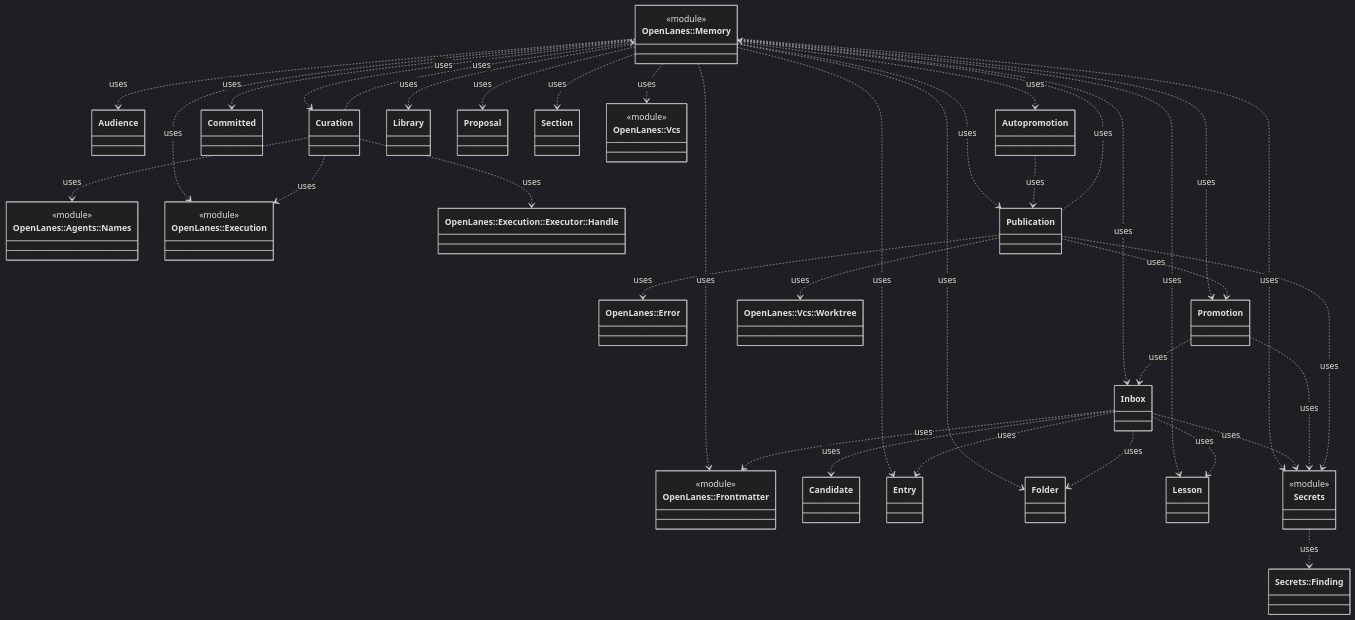
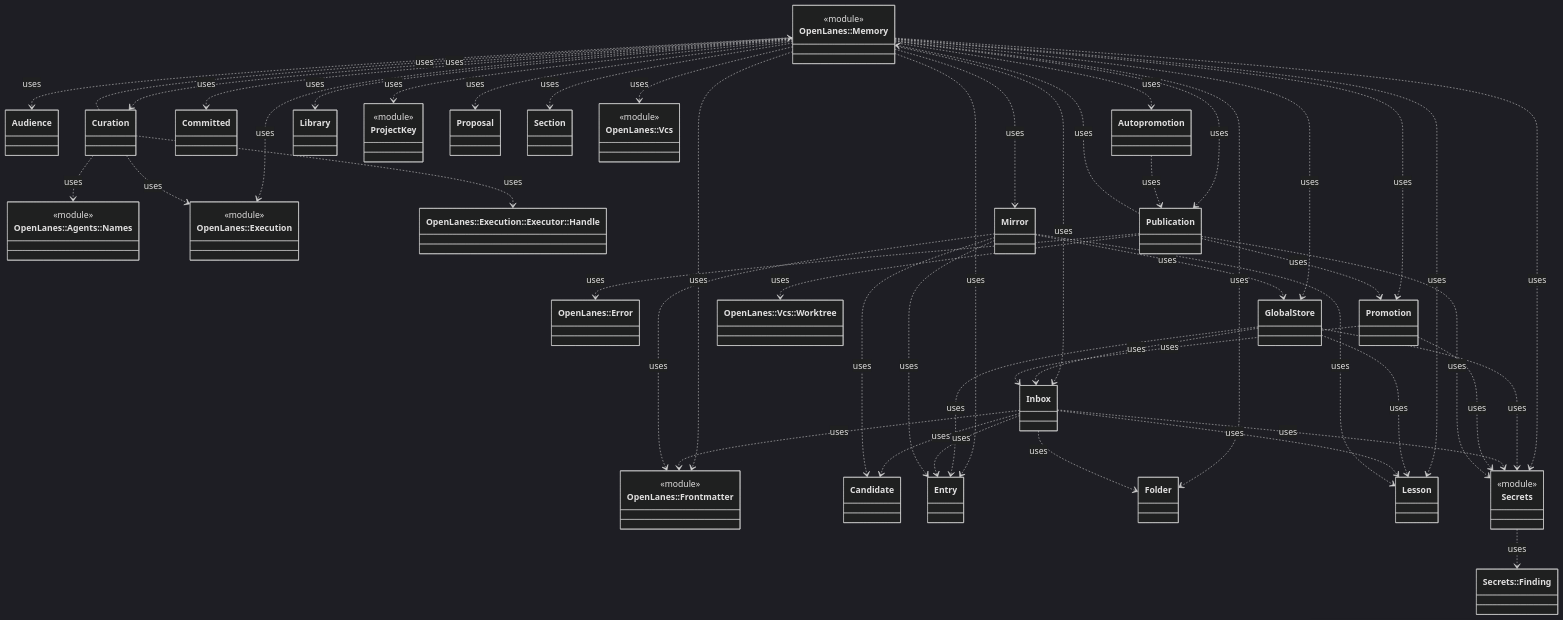
The diagram in docs/architecture/openlanes-memory.md (kigster/openlanes), drawn with Mermaid (dark theme) before and after one commit. The commit also changed 16 other files, not shown here.

First line of the commit message:
Mirror merged lessons into the global store

```diff
--- a/docs/architecture/openlanes-memory.md
+++ b/docs/architecture/openlanes-memory.md
@@ -21,9 +21,13 @@
   class OpenLanes__Memory__Curation["Curation"]
   class OpenLanes__Memory__Entry["Entry"]
   class OpenLanes__Memory__Folder["Folder"]
+  class OpenLanes__Memory__GlobalStore["GlobalStore"]
   class OpenLanes__Memory__Inbox["Inbox"]
   class OpenLanes__Memory__Lesson["Lesson"]
   class OpenLanes__Memory__Library["Library"]
+  class OpenLanes__Memory__Mirror["Mirror"]
+  class OpenLanes__Memory__ProjectKey["ProjectKey"]
+  <<module>> OpenLanes__Memory__ProjectKey
   class OpenLanes__Memory__Promotion["Promotion"]
   class OpenLanes__Memory__Proposal["Proposal"]
   class OpenLanes__Memory__Publication["Publication"]
@@ -42,9 +46,12 @@
   OpenLanes__Memory ..> OpenLanes__Memory__Curation : uses
   OpenLanes__Memory ..> OpenLanes__Memory__Entry : uses
   OpenLanes__Memory ..> OpenLanes__Memory__Folder : uses
+  OpenLanes__Memory ..> OpenLanes__Memory__GlobalStore : uses
   OpenLanes__Memory ..> OpenLanes__Memory__Inbox : uses
   OpenLanes__Memory ..> OpenLanes__Memory__Lesson : uses
   OpenLanes__Memory ..> OpenLanes__Memory__Library : uses
+  OpenLanes__Memory ..> OpenLanes__Memory__Mirror : uses
+  OpenLanes__Memory ..> OpenLanes__Memory__ProjectKey : uses
   OpenLanes__Memory ..> OpenLanes__Memory__Promotion : uses
   OpenLanes__Memory ..> OpenLanes__Memory__Proposal : uses
   OpenLanes__Memory ..> OpenLanes__Memory__Publication : uses
@@ -56,12 +63,21 @@
   OpenLanes__Memory__Curation ..> OpenLanes__Execution : uses
   OpenLanes__Memory__Curation ..> OpenLanes__Execution__Executor__Handle : uses
   OpenLanes__Memory__Curation ..> OpenLanes__Memory : uses
+  OpenLanes__Memory__GlobalStore ..> OpenLanes__Memory__Entry : uses
+  OpenLanes__Memory__GlobalStore ..> OpenLanes__Memory__Inbox : uses
+  OpenLanes__Memory__GlobalStore ..> OpenLanes__Memory__Lesson : uses
+  OpenLanes__Memory__GlobalStore ..> OpenLanes__Memory__Secrets : uses
   OpenLanes__Memory__Inbox ..> OpenLanes__Frontmatter : uses
   OpenLanes__Memory__Inbox ..> OpenLanes__Memory__Candidate : uses
   OpenLanes__Memory__Inbox ..> OpenLanes__Memory__Entry : uses
   OpenLanes__Memory__Inbox ..> OpenLanes__Memory__Folder : uses
   OpenLanes__Memory__Inbox ..> OpenLanes__Memory__Lesson : uses
   OpenLanes__Memory__Inbox ..> OpenLanes__Memory__Secrets : uses
+  OpenLanes__Memory__Mirror ..> OpenLanes__Frontmatter : uses
+  OpenLanes__Memory__Mirror ..> OpenLanes__Memory__Candidate : uses
+  OpenLanes__Memory__Mirror ..> OpenLanes__Memory__Entry : uses
+  OpenLanes__Memory__Mirror ..> OpenLanes__Memory__GlobalStore : uses
+  OpenLanes__Memory__Mirror ..> OpenLanes__Memory__Lesson : uses
   OpenLanes__Memory__Promotion ..> OpenLanes__Memory__Inbox : uses
   OpenLanes__Memory__Promotion ..> OpenLanes__Memory__Secrets : uses
   OpenLanes__Memory__Publication ..> OpenLanes__Error : uses
```
